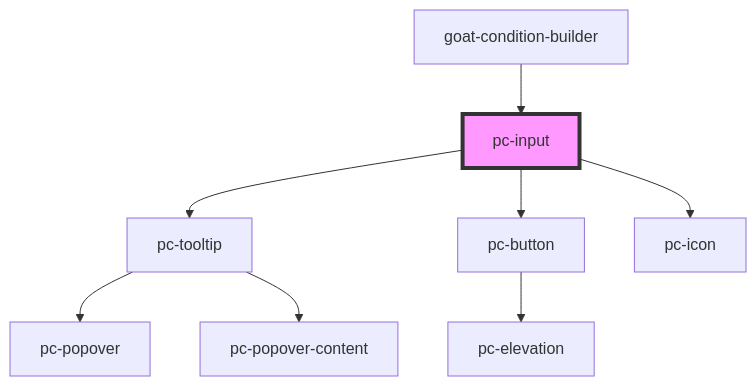
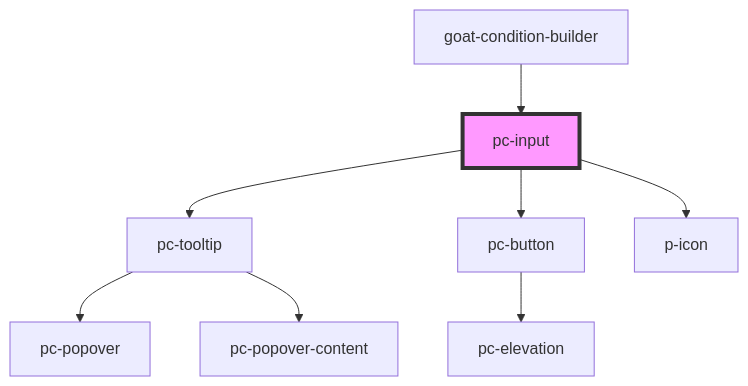
One commit to redvars/peacock changed the diagram in src/components/input-controls/input/input/readme.md. Above: the diagram before and after it, drawn with Mermaid. The commit also changed other lines of this file and 94 other files, not shown here.

````diff
--- a/src/components/input-controls/input/input/readme.md
+++ b/src/components/input-controls/input/input/readme.md
@@ -91,11 +91,11 @@
 ```mermaid
 graph TD;
   pc-input --> pc-tooltip
   pc-input --> pc-button
-  pc-input --> pc-icon
+  pc-input --> p-icon
   pc-tooltip --> pc-popover
   pc-tooltip --> pc-popover-content
   pc-button --> pc-elevation
   goat-condition-builder --> pc-input
   style pc-input fill:#f9f,stroke:#333,stroke-width:4px
 ```
````
